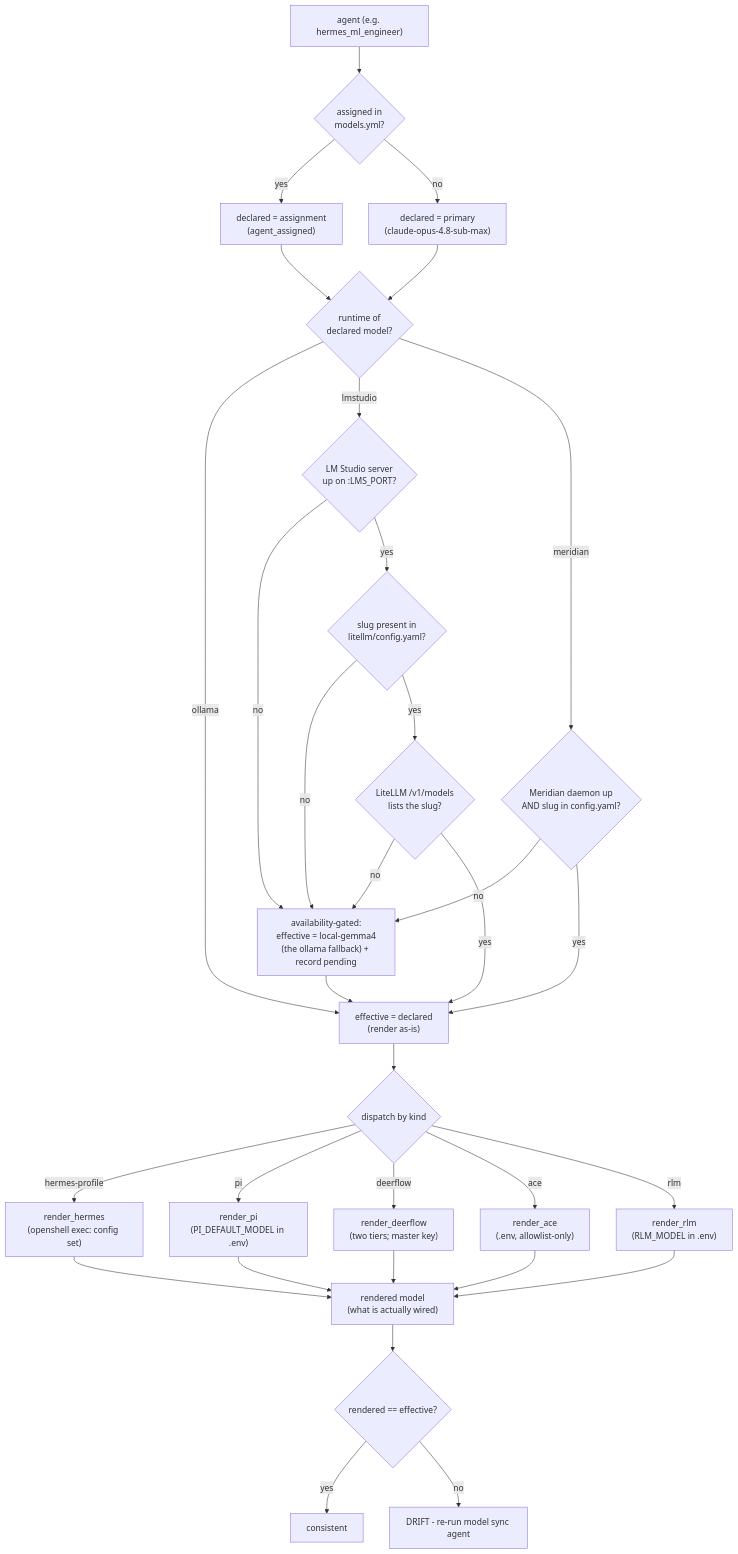
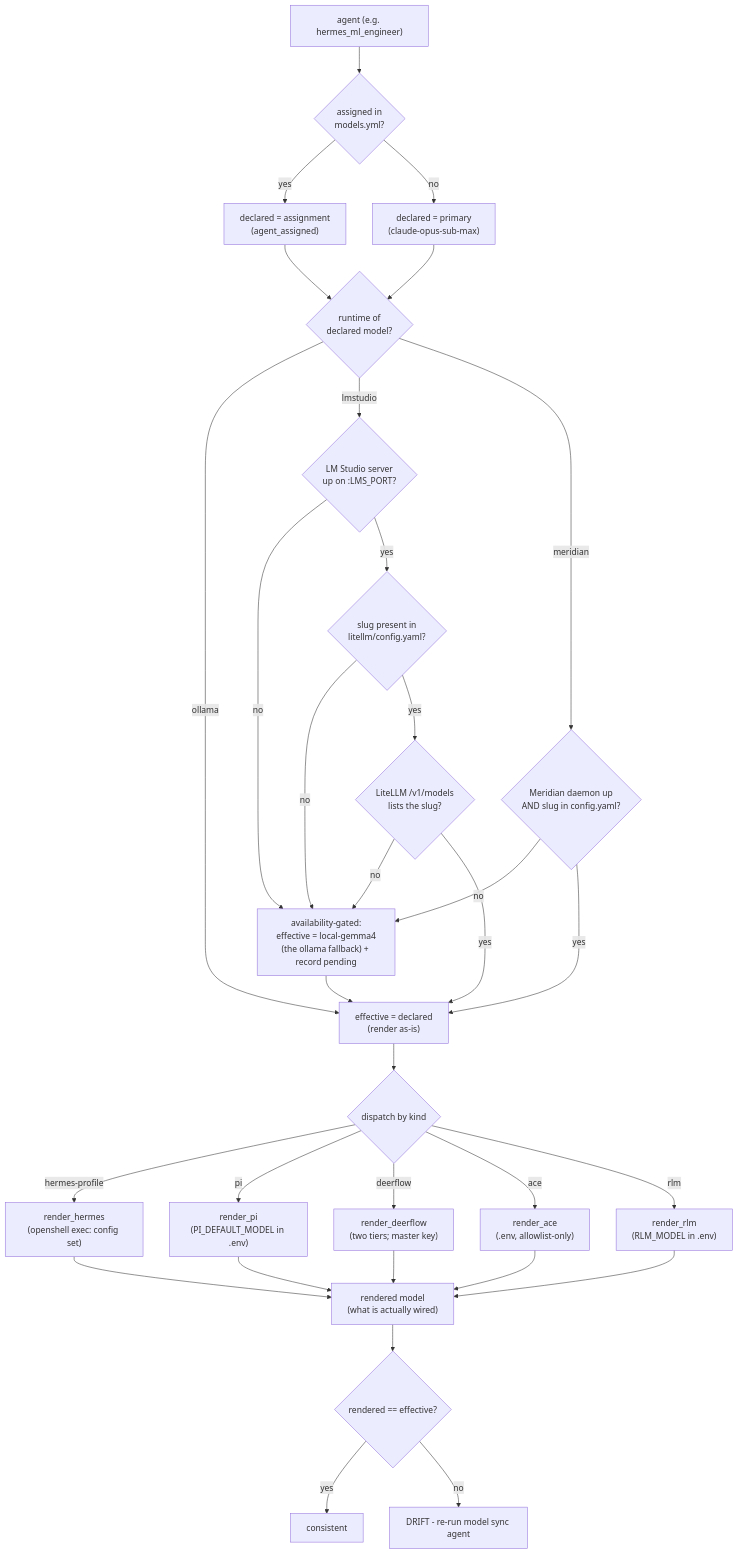
The sixth of 21 diagrams in doc/DIAGRAMS.md (mayssamj/versatile-ai-stack), drawn with Mermaid before and after one commit. The commit also changed other lines of this file and 20 other files, not shown here.

````diff
--- a/doc/DIAGRAMS.md
+++ b/doc/DIAGRAMS.md
@@ -397,41 +397,41 @@
 ```mermaid
 flowchart TB
   A["agent (e.g. hermes_ml_engineer)"] --> ASG{assigned in<br/>models.yml?}
   ASG -- yes --> DECL["declared = assignment<br/>(agent_assigned)"]
-  ASG -- no --> PRI["declared = primary<br/>(claude-opus-4.8-sub-max)"]
+  ASG -- no --> PRI["declared = primary<br/>(claude-opus-sub-max)"]
   DECL --> RT{runtime of<br/>declared model?}
   PRI --> RT
 
   RT -- ollama --> EFF["effective = declared<br/>(render as-is)"]
 
   RT -- lmstudio --> G1{LM Studio server<br/>up on :LMS_PORT?}
   G1 -- no --> FB
   G1 -- yes --> G2{slug present in<br/>litellm/config.yaml?}
   G2 -- no --> FB
   G2 -- yes --> G3{LiteLLM /v1/models<br/>lists the slug?}
   G3 -- no --> FB
   G3 -- yes --> EFF
 
   RT -- meridian --> M1{Meridian daemon up<br/>AND slug in config.yaml?}
   M1 -- no --> FB
   M1 -- yes --> EFF
 
   FB["availability-gated:<br/>effective = local-gemma4<br/>(the ollama fallback) + record pending"] --> EFF
 
   EFF --> DISP{dispatch by kind}
   DISP -- hermes-profile --> RH["render_hermes<br/>(openshell exec: config set)"]
   DISP -- pi --> RP["render_pi<br/>(PI_DEFAULT_MODEL in .env)"]
   DISP -- deerflow --> RD["render_deerflow<br/>(two tiers; master key)"]
   DISP -- ace --> RA["render_ace<br/>(.env, allowlist-only)"]
   DISP -- rlm --> RR["render_rlm<br/>(RLM_MODEL in .env)"]
 
   RH --> RDR["rendered model<br/>(what is actually wired)"]
   RP --> RDR
   RD --> RDR
   RA --> RDR
   RR --> RDR
 
   RDR --> DR{rendered == effective?}
   DR -- yes --> OK["consistent"]
   DR -- no --> DRIFT["DRIFT - re-run model sync agent"]
 ```
````
